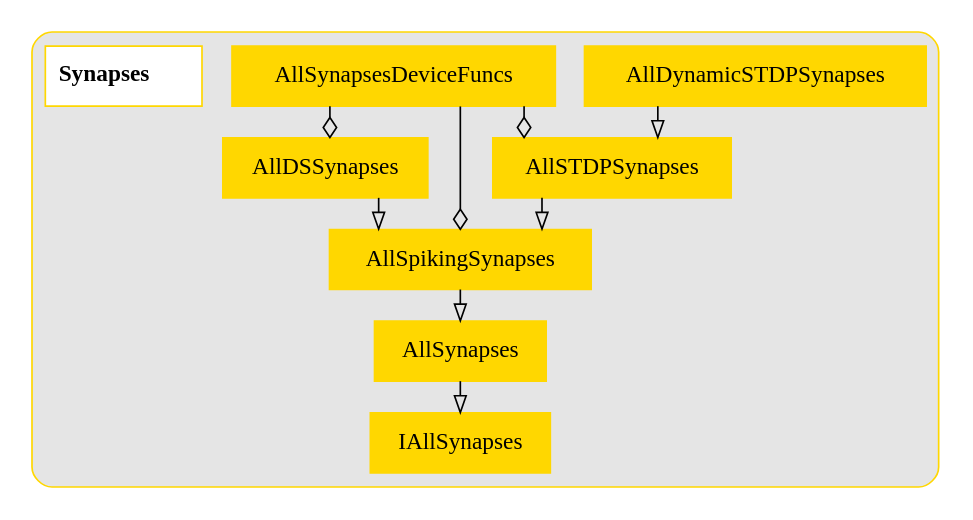
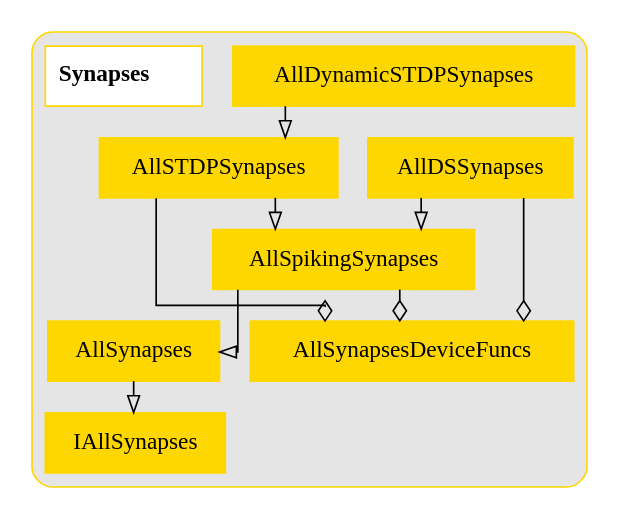
Before and after one commit to UWB-Biocomputing/BrainGrid: the diagram in Tools/DiagramGenerator/ExampleOutputs/dot_subsystems/Synapses.dot, drawn with Graphviz. The commit also changed 6 other files, not shown here.

```diff
--- a/Tools/DiagramGenerator/ExampleOutputs/dot_subsystems/Synapses.dot
+++ b/Tools/DiagramGenerator/ExampleOutputs/dot_subsystems/Synapses.dot
@@ -1,49 +1,49 @@
 digraph{
 	 graph [splines=ortho]
 
 	subgraph clusterSynapses {
 		style = rounded
 		bgcolor = grey90
 		color = gold
 		node [shape = record, color = gold];
 
 		AllDSSynapses[label = AllDSSynapses, style = filled];
 		AllDynamicSTDPSynapses[label = AllDynamicSTDPSynapses, style = filled];
 		AllSTDPSynapses[label = AllSTDPSynapses, style = filled];
 		AllSpikingSynapses[label = AllSpikingSynapses, style = filled];
 		AllSynapses[label = AllSynapses, style = filled];
 		AllSynapsesDeviceFuncs[label = AllSynapsesDeviceFuncs, style = filled];
 		IAllSynapses[label = IAllSynapses, style = filled];
 		Synapses[label =< <B> Synapses</B>>, style = bold, fillcolor = white, style = filled];
 
 
 		//------LAYOUT FOR SUBGRAPH------
 
 
 		rankdir = BT; // Rank Direction Bottom to Top
 		nodesep = 1.3; // Node Separation
 		ranksep = 1.3; // Rank Separation
 
 
 		//INHERITANCE//
 
 
 		AllDSSynapses -> AllSpikingSynapses [arrowhead=empty];
 
 		AllDynamicSTDPSynapses -> AllSTDPSynapses [arrowhead=empty];
 
 		AllSTDPSynapses -> AllSpikingSynapses [arrowhead=empty];
 
 		AllSpikingSynapses -> AllSynapses [arrowhead=empty];
 
 		AllSynapses -> IAllSynapses [arrowhead=empty];
 
 
 		//COMPOSITION//
 
 
-		AllSynapsesDeviceFuncs -> AllDSSynapses [arrowhead=ediamond];
-		AllSynapsesDeviceFuncs -> AllSTDPSynapses [arrowhead=ediamond];
-		AllSynapsesDeviceFuncs -> AllSpikingSynapses [arrowhead=ediamond];
+		AllDSSynapses -> AllSynapsesDeviceFuncs [arrowhead=ediamond];
+		AllSTDPSynapses -> AllSynapsesDeviceFuncs [arrowhead=ediamond];
+		AllSpikingSynapses -> AllSynapsesDeviceFuncs [arrowhead=ediamond];
 	}//end subgraph Synapses
 }//end digraph
```
